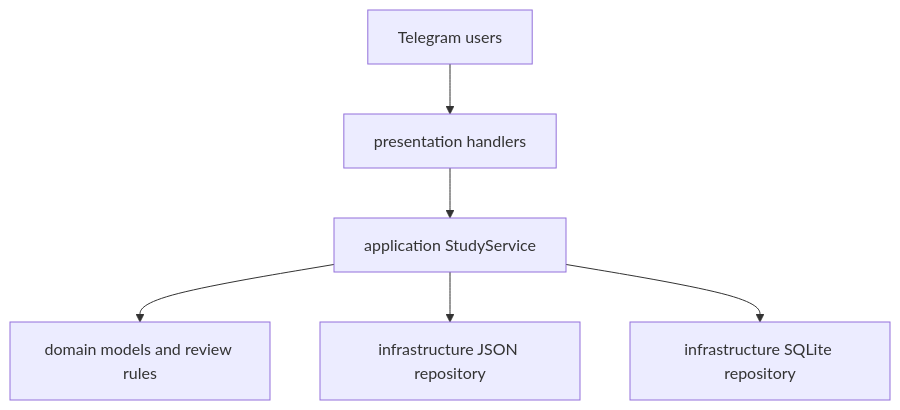
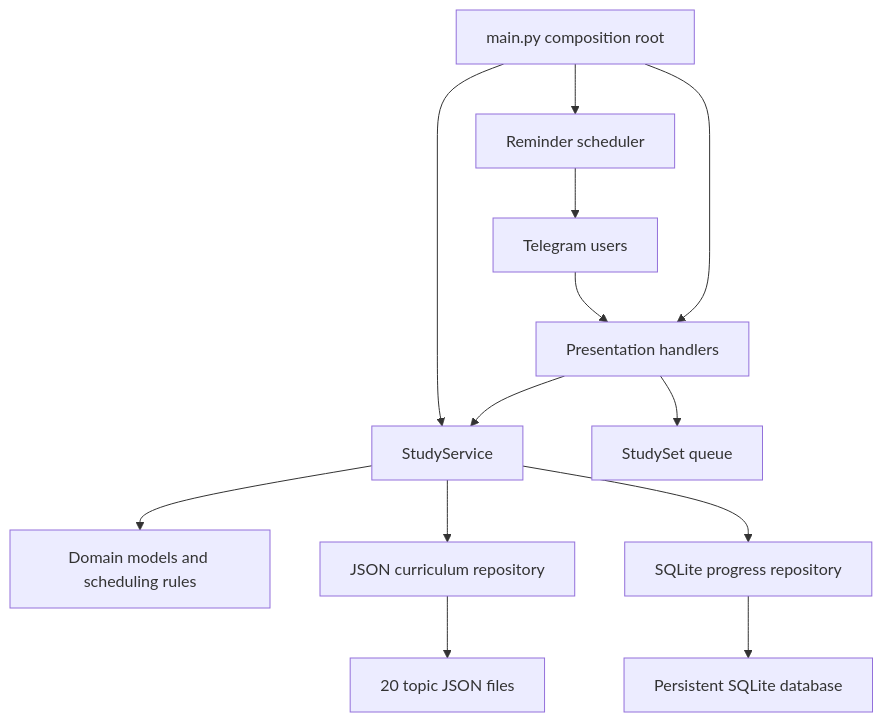
Before and after one commit to SofiiaVarich/QuantumMechanics-FU: the first of 2 diagrams in ARCHITECTURE.md, drawn with Mermaid. The commit also changed other lines of this file and 24 other files, not shown here.

Commit message:
updated the architecture removed useless files removed empty files

````diff
--- a/ARCHITECTURE.md
+++ b/ARCHITECTURE.md
@@ -5,8 +45,15 @@
 ```mermaid
 flowchart TD
-    Telegram[Telegram users] --> Presentation[presentation handlers]
-    Presentation --> Application[application StudyService]
-    Application --> Domain[domain models and review rules]
-    Application --> Curriculum[infrastructure JSON repository]
-    Application --> Progress[infrastructure SQLite repository]
+    Telegram[Telegram users] --> Handlers[Presentation handlers]
+    Main[main.py composition root] --> Handlers
+    Main --> Service[StudyService]
+    Main --> Reminders[Reminder scheduler]
+    Handlers --> Service
+    Handlers --> Session[StudySet queue]
+    Service --> Models[Domain models and scheduling rules]
+    Service --> Curriculum[JSON curriculum repository]
+    Service --> Progress[SQLite progress repository]
+    Curriculum --> Topics[20 topic JSON files]
+    Progress --> SQLite[Persistent SQLite database]
+    Reminders --> Telegram
 ```
````
